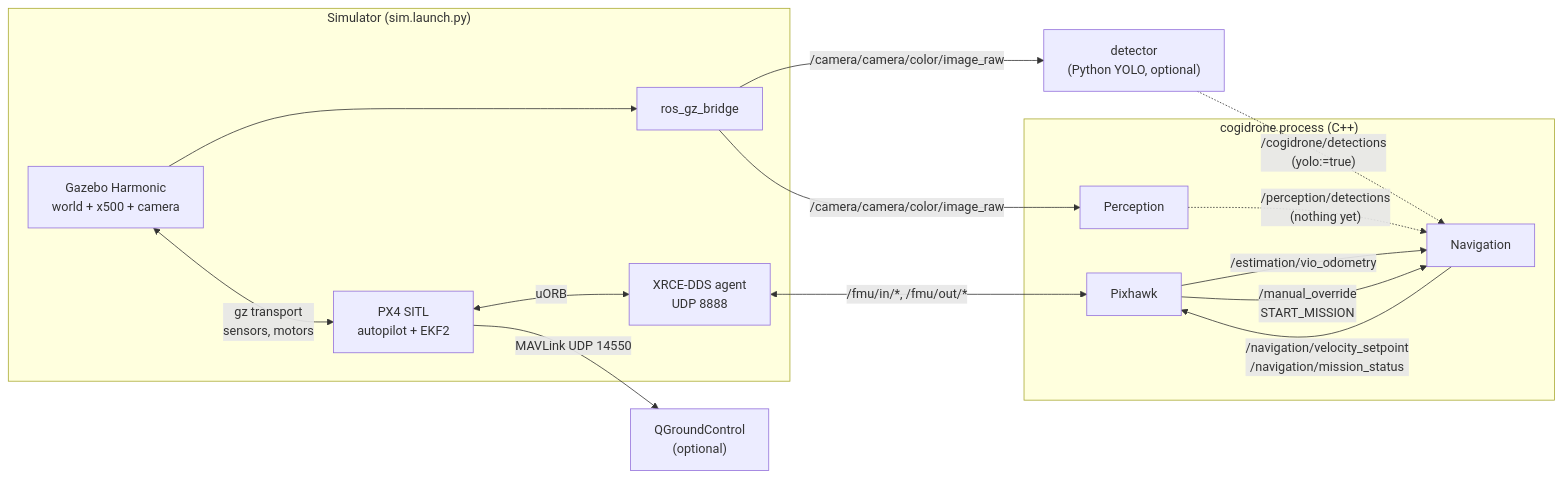
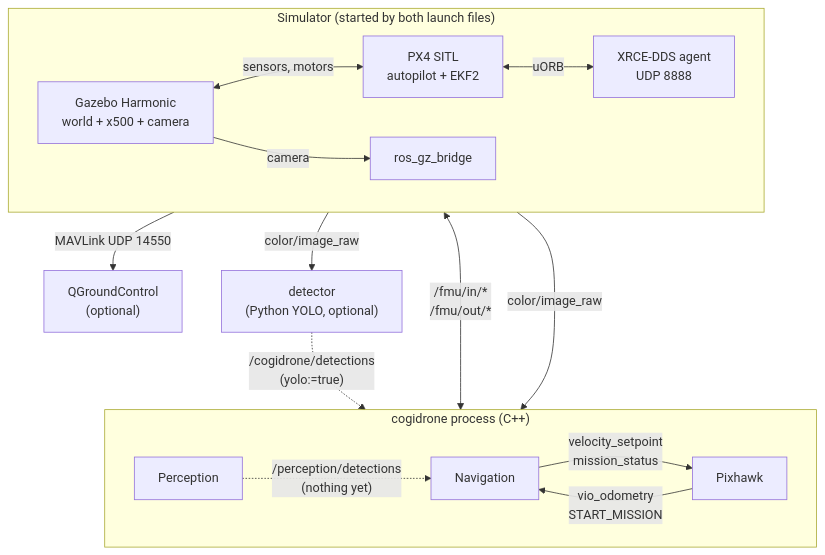
Before and after one commit to CogitoNTNU/CogiDrone: the second of 3 diagrams in docs/architecture.md, drawn with Mermaid. The commit also changed other lines of this file, not shown here.

Commit message:
docs(architecture): top-down sim diagram so it stays readable on GitHub

````diff
--- a/docs/architecture.md
+++ b/docs/architecture.md
@@ -53,31 +53,32 @@
 ```mermaid
-flowchart LR
-    subgraph SIMU["Simulator (sim.launch.py)"]
+flowchart TB
+    subgraph SIMU["Simulator (started by both launch files)"]
+        direction LR
         GZ["Gazebo Harmonic<br/>world + x500 + camera"]
         PX4["PX4 SITL<br/>autopilot + EKF2"]
         AG["XRCE-DDS agent<br/>UDP 8888"]
         BR["ros_gz_bridge"]
+        GZ <-- "sensors, motors" --> PX4
+        PX4 <-- uORB --> AG
+        GZ -- camera --> BR
     end
 
+    QGC["QGroundControl<br/>(optional)"]
+    YOLO["detector<br/>(Python YOLO, optional)"]
+
     subgraph CORE["cogidrone process (C++)"]
+        direction LR
         PER["Perception"]
         NAV["Navigation"]
         PIX["Pixhawk"]
+        PER -. "/perception/detections<br/>(nothing yet)" .-> NAV
+        NAV -- "velocity_setpoint<br/>mission_status" --> PIX
+        PIX -- "vio_odometry<br/>START_MISSION" --> NAV
     end
 
-    YOLO["detector<br/>(Python YOLO, optional)"]
-    QGC["QGroundControl<br/>(optional)"]
-
-    GZ <-- "gz transport<br/>sensors, motors" --> PX4
-    PX4 <-- uORB --> AG
-    AG <-- "/fmu/in/*, /fmu/out/*" --> PIX
-    GZ --> BR
-    BR -- "/camera/camera/color/image_raw" --> PER
-    BR -- "/camera/camera/color/image_raw" --> YOLO
+    PX4 -- "MAVLink UDP 14550" --> QGC
+    AG <-- "/fmu/in/*<br/>/fmu/out/*" --> PIX
+    BR -- "color/image_raw" --> PER
+    BR -- "color/image_raw" --> YOLO
     YOLO -. "/cogidrone/detections<br/>(yolo:=true)" .-> NAV
-    PER -. "/perception/detections<br/>(nothing yet)" .-> NAV
-    PIX -- "/estimation/vio_odometry" --> NAV
-    NAV -- "/navigation/velocity_setpoint<br/>/navigation/mission_status" --> PIX
-    PIX -- "/manual_override<br/>START_MISSION" --> NAV
-    PX4 -- "MAVLink UDP 14550" --> QGC
 ```
````
